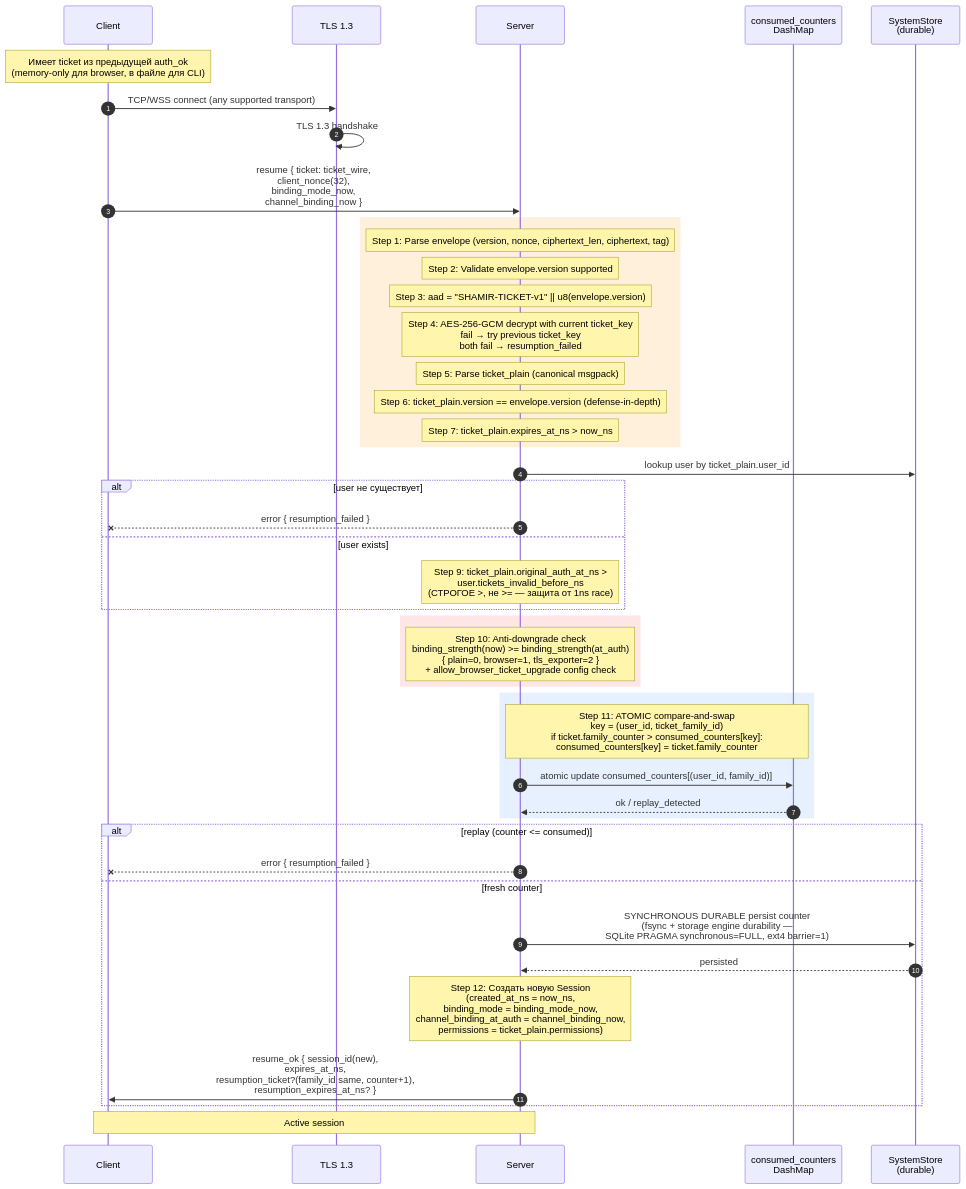
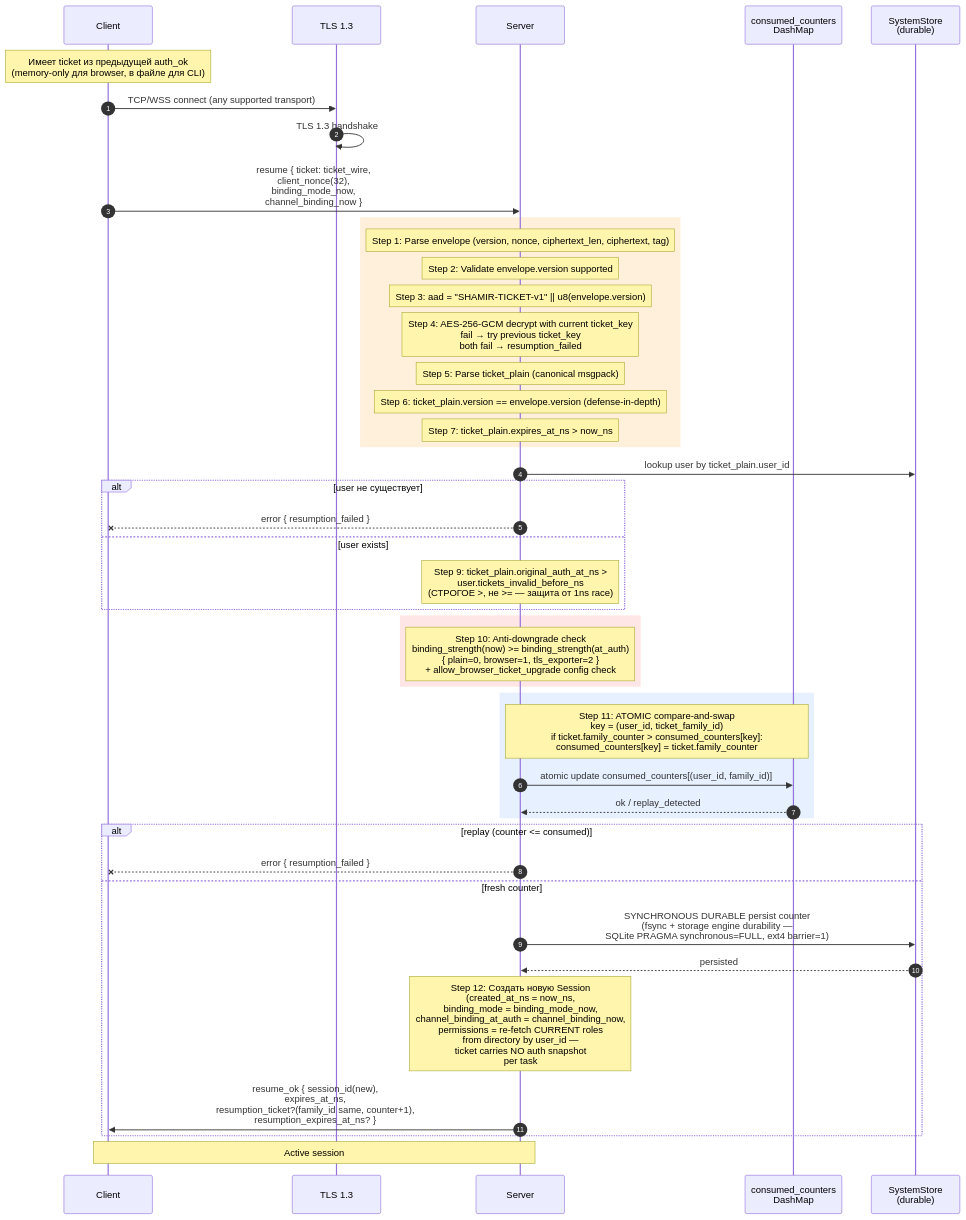
The first of 2 diagrams in docs/client-server-protocol-spec/diagrams/02-resumption.md (PHPCraftdream/shamir-db), drawn with Mermaid before and after one commit. The commit also changed 17 other files, not shown here.

````diff
--- a/docs/client-server-protocol-spec/diagrams/02-resumption.md
+++ b/docs/client-server-protocol-spec/diagrams/02-resumption.md
@@ -5,55 +5,55 @@
 ```mermaid
 sequenceDiagram
     autonumber
     participant C as Client
     participant T as TLS 1.3
     participant S as Server
     participant CC as consumed_counters<br/>DashMap
     participant DB as SystemStore<br/>(durable)
 
     Note over C: Имеет ticket из предыдущей auth_ok<br/>(memory-only для browser, в файле для CLI)
 
     C->>T: TCP/WSS connect (any supported transport)
     T->>T: TLS 1.3 handshake
 
     C->>S: resume { ticket: ticket_wire,<br/>client_nonce(32),<br/>binding_mode_now,<br/>channel_binding_now }
 
     rect rgb(255, 240, 220)
     Note over S: Step 1: Parse envelope (version, nonce, ciphertext_len, ciphertext, tag)
     Note over S: Step 2: Validate envelope.version supported
     Note over S: Step 3: aad = "SHAMIR-TICKET-v1" || u8(envelope.version)
     Note over S: Step 4: AES-256-GCM decrypt with current ticket_key<br/>fail → try previous ticket_key<br/>both fail → resumption_failed
     Note over S: Step 5: Parse ticket_plain (canonical msgpack)
     Note over S: Step 6: ticket_plain.version == envelope.version (defense-in-depth)
     Note over S: Step 7: ticket_plain.expires_at_ns > now_ns
     end
 
     S->>DB: lookup user by ticket_plain.user_id
 
     alt user не существует
         S--xC: error { resumption_failed }
     else user exists
         Note over S: Step 9: ticket_plain.original_auth_at_ns ><br/>  user.tickets_invalid_before_ns<br/>(СТРОГОЕ >, не >= — защита от 1ns race)
     end
 
     rect rgb(255, 230, 230)
     Note over S: Step 10: Anti-downgrade check<br/>binding_strength(now) >= binding_strength(at_auth)<br/>{ plain=0, browser=1, tls_exporter=2 }<br/>+ allow_browser_ticket_upgrade config check
     end
 
     rect rgb(230, 240, 255)
     Note over S,CC: Step 11: ATOMIC compare-and-swap<br/>key = (user_id, ticket_family_id)<br/>if ticket.family_counter > consumed_counters[key]:<br/>    consumed_counters[key] = ticket.family_counter
     S->>CC: atomic update consumed_counters[(user_id, family_id)]
     CC-->>S: ok / replay_detected
     end
 
     alt replay (counter <= consumed)
         S--xC: error { resumption_failed }
     else fresh counter
         S->>DB: SYNCHRONOUS DURABLE persist counter<br/>(fsync + storage engine durability —<br/>SQLite PRAGMA synchronous=FULL, ext4 barrier=1)
         DB-->>S: persisted
-        Note over S: Step 12: Создать новую Session<br/>(created_at_ns = now_ns,<br/>binding_mode = binding_mode_now,<br/>channel_binding_at_auth = channel_binding_now,<br/>permissions = ticket_plain.permissions)
+        Note over S: Step 12: Создать новую Session<br/>(created_at_ns = now_ns,<br/>binding_mode = binding_mode_now,<br/>channel_binding_at_auth = channel_binding_now,<br/>permissions = re-fetch CURRENT roles<br/>from directory by user_id —<br/>ticket carries NO auth snapshot<br/>per task #558)
         S->>C: resume_ok { session_id(new),<br/>expires_at_ns,<br/>resumption_ticket?(family_id same, counter+1),<br/>resumption_expires_at_ns? }
     end
 
     Note over C,S: Active session
 ```
````
